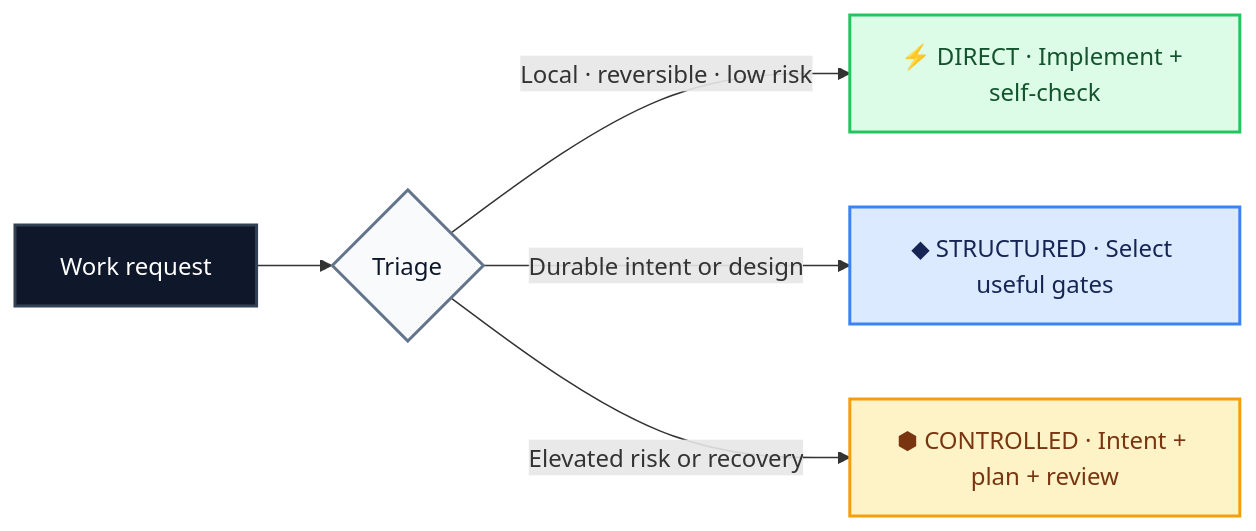
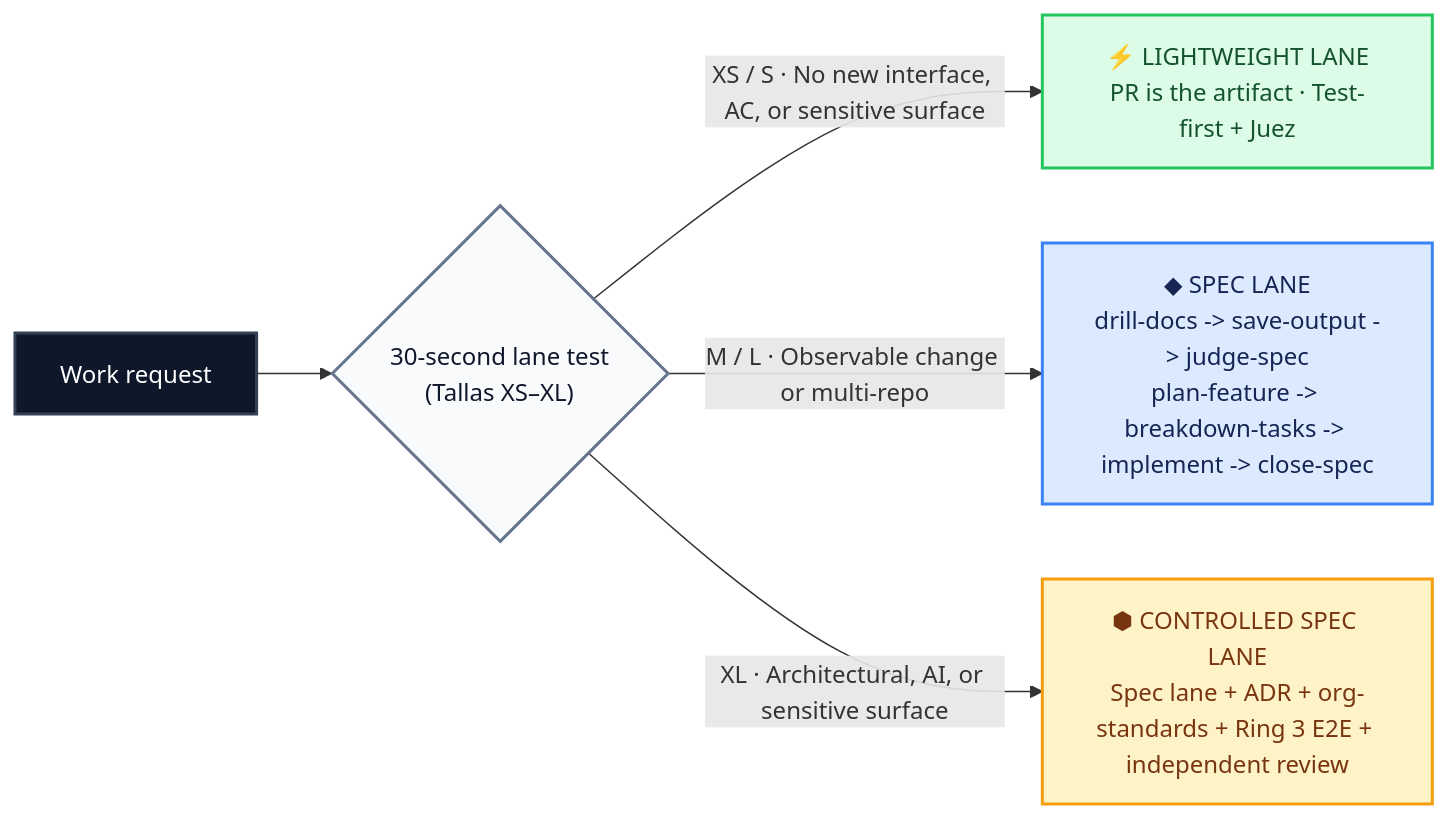
One commit to rmjosea/agentic-sdlc-kit changed the second of 5 diagrams in README.md. Above: the diagram before and after it, drawn with Mermaid. The commit also changed other lines of this file and 180 other files, not shown here.

First line of the commit message:
Complete 160-point independent review, Delta/3-Ring standards, and modern README

````diff
--- a/README.md
+++ b/README.md
@@ -54,18 +125,18 @@
 ```mermaid
 flowchart LR
-    A["Work request"] --> B{"Triage"}
-    B -->|"Local · reversible · low risk"| C["⚡ DIRECT · Implement + self-check"]
-    B -->|"Durable intent or design"| D["◆ STRUCTURED · Select useful gates"]
-    B -->|"Elevated risk or recovery"| E["⬢ CONTROLLED · Intent + plan + review"]
+    A["Work request"] --> B{"30-second lane test<br/>(Tallas XS–XL)"}
+    B -->|"XS / S · No new interface, AC, or sensitive surface"| C["⚡ LIGHTWEIGHT LANE<br/>PR is the artifact · Test-first + Juez"]
+    B -->|"M / L · Observable change or multi-repo"| D["◆ SPEC LANE<br/>drill-docs -> save-output -> judge-spec<br/>plan-feature -> breakdown-tasks -> implement -> close-spec"]
+    B -->|"XL · Architectural, AI, or sensitive surface"| E["⬢ CONTROLLED SPEC LANE<br/>Spec lane + ADR + org-standards + Ring 3 E2E + independent review"]
 
     classDef source fill:#0f172a,color:#ffffff,stroke:#334155,stroke-width:2px;
     classDef decision fill:#f8fafc,color:#0f172a,stroke:#64748b,stroke-width:2px;
     classDef direct fill:#dcfce7,color:#14532d,stroke:#22c55e,stroke-width:2px;
     classDef structured fill:#dbeafe,color:#172554,stroke:#3b82f6,stroke-width:2px;
     classDef controlled fill:#fef3c7,color:#78350f,stroke:#f59e0b,stroke-width:2px;
     class A source;
     class B decision;
     class C direct;
     class D structured;
     class E controlled;
 ```
````
